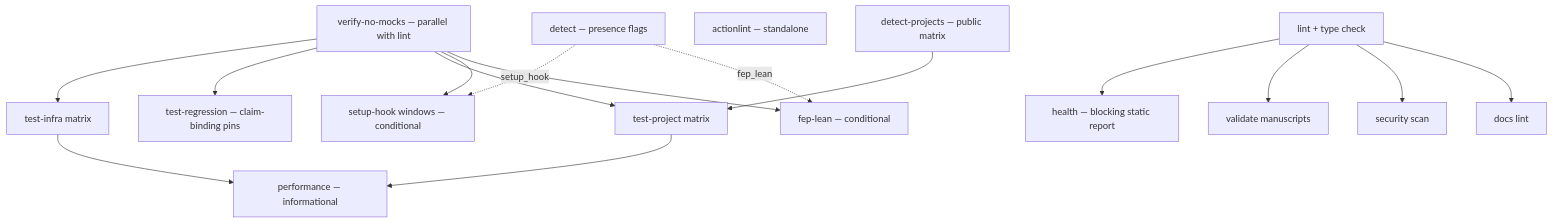
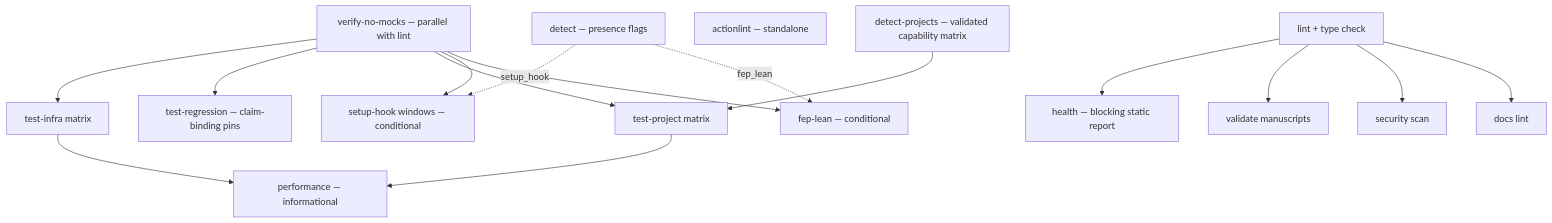
One commit to docxology/template changed the eighth of 8 diagrams in .github/README.md. Above: the diagram before and after it, drawn with Mermaid. The commit also changed other lines of this file and 63 other files, not shown here.

First line of the commit message:
RENDERED-PROVENANCE-1 + PUBLIC-CAPABILITY-PARITY-1 + Mahakala review + TO-DO cleanup

````diff
--- a/.github/README.md
+++ b/.github/README.md
@@ -910,32 +910,32 @@
 ```mermaid
 flowchart TB
     D[detect — presence flags]
-    DP[detect-projects — public matrix]
+    DP[detect-projects — validated capability matrix]
     AL[actionlint — standalone]
     L[lint + type check]
     H[health — blocking static report]
     VNM[verify-no-mocks — parallel with lint]
     SH[setup-hook windows — conditional]
     TI[test-infra matrix]
     TR[test-regression — claim-binding pins]
     TP[test-project matrix]
     FL[fep-lean — conditional]
     VM[validate manuscripts]
     SS[security scan]
     DL[docs lint]
     PC[performance — informational]
     L --> H
     L --> VM
     L --> SS
     L --> DL
     VNM --> TI
     VNM --> TR
     VNM --> TP
     VNM --> SH
     VNM --> FL
     D -. setup_hook .-> SH
     D -. fep_lean .-> FL
     DP --> TP
     TI --> PC
     TP --> PC
 ```
````
